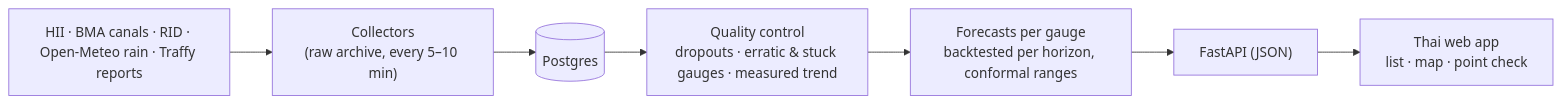
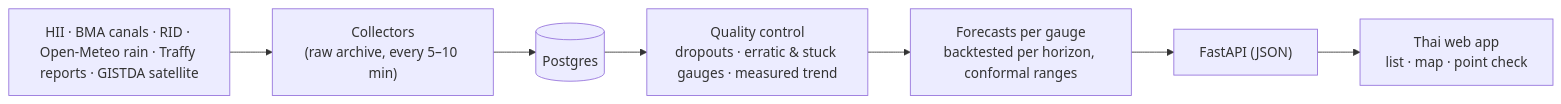
One commit to bejranonda/flood2026 changed the diagram in README.md. Above: the diagram before and after it, drawn with Mermaid. The commit also changed other lines of this file and 21 other files, not shown here.

````diff
--- a/README.md
+++ b/README.md
@@ -42,9 +43,9 @@
 ```mermaid
 flowchart LR
-  S["HII · BMA canals · RID · Open-Meteo rain · Traffy reports"] --> C["Collectors<br/>(raw archive, every 5–10 min)"]
+  S["HII · BMA canals · RID · Open-Meteo rain · Traffy reports · GISTDA satellite"] --> C["Collectors<br/>(raw archive, every 5–10 min)"]
   C --> DB[("Postgres")]
   DB --> Q["Quality control<br/>dropouts · erratic & stuck gauges · measured trend"]
   Q --> F["Forecasts per gauge<br/>backtested per horizon, conformal ranges"]
   F --> API["FastAPI (JSON)"]
   API --> W["Thai web app<br/>list · map · point check"]
 ```
````
